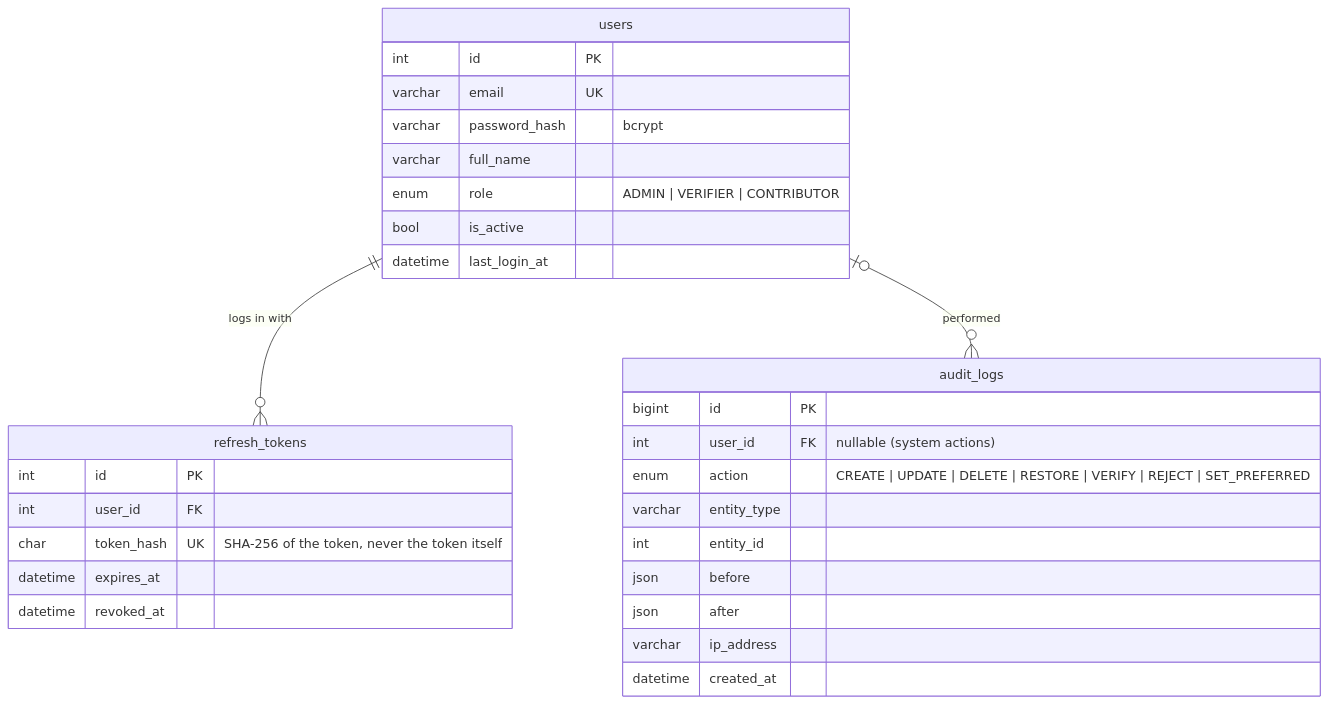
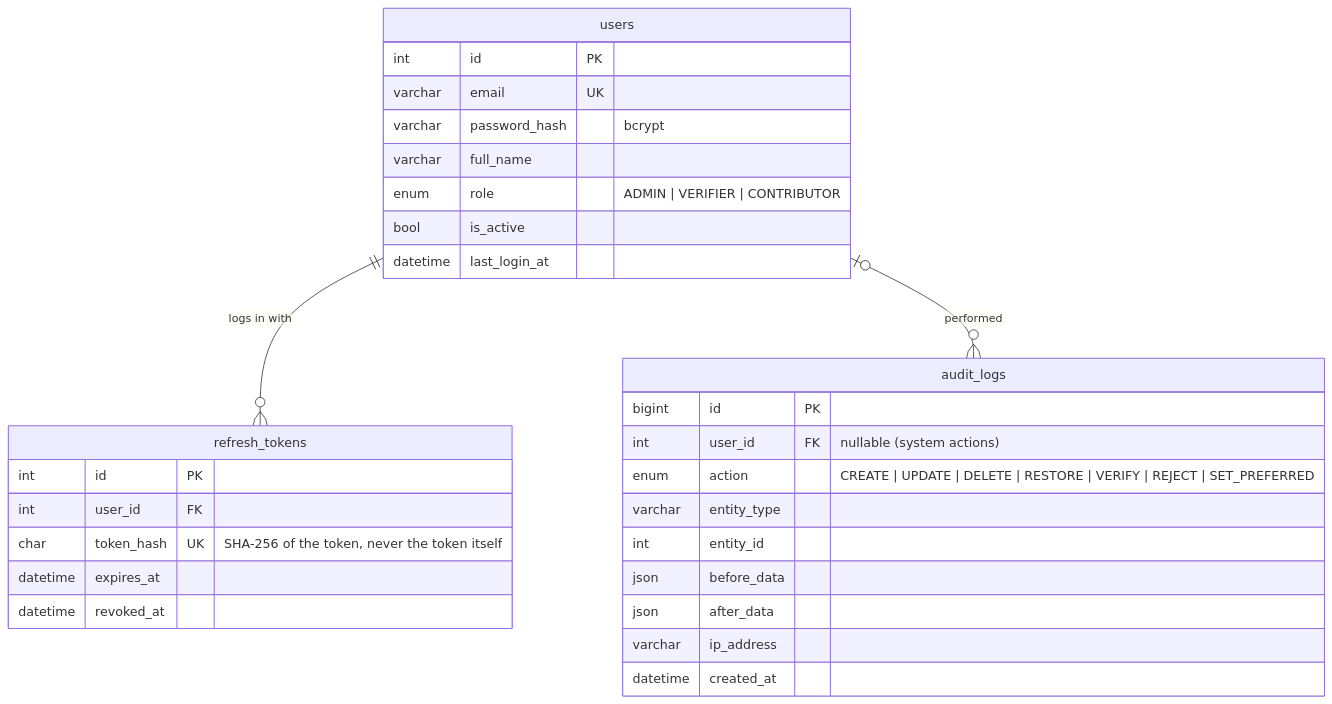
Before and after one commit to Shahddwekat/qaryati-api: the third of 3 diagrams in docs/architecture/erd.md, drawn with Mermaid. The commit also changed other lines of this file and 2 other files, not shown here.

Commit message:
docs(adr): record nearby-villages design (ADR-0006) and sync ERD

````diff
--- a/docs/architecture/erd.md
+++ b/docs/architecture/erd.md
@@ -200,33 +199,33 @@
 ```mermaid
 erDiagram
   users ||--o{ refresh_tokens : "logs in with"
   users |o--o{ audit_logs : "performed"
 
   users {
     int id PK
     varchar email UK
     varchar password_hash "bcrypt"
     varchar full_name
     enum role "ADMIN | VERIFIER | CONTRIBUTOR"
     bool is_active
     datetime last_login_at
   }
   refresh_tokens {
     int id PK
     int user_id FK
     char token_hash UK "SHA-256 of the token, never the token itself"
     datetime expires_at
     datetime revoked_at
   }
   audit_logs {
     bigint id PK
     int user_id FK "nullable (system actions)"
     enum action "CREATE | UPDATE | DELETE | RESTORE | VERIFY | REJECT | SET_PREFERRED"
     varchar entity_type
     int entity_id
-    json before
-    json after
+    json before_data
+    json after_data
     varchar ip_address
     datetime created_at
   }
 ```
````
